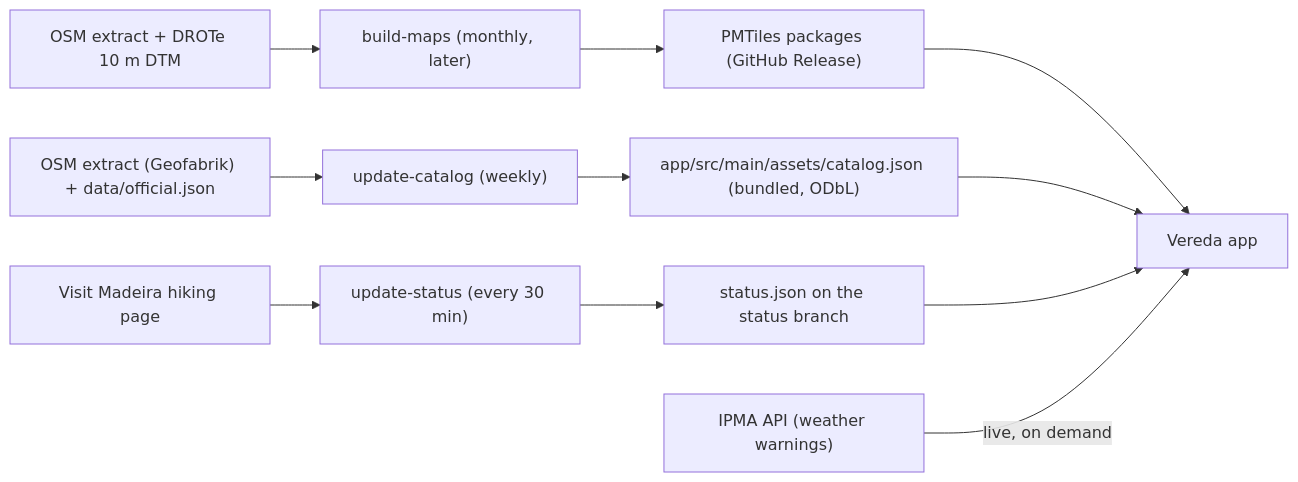
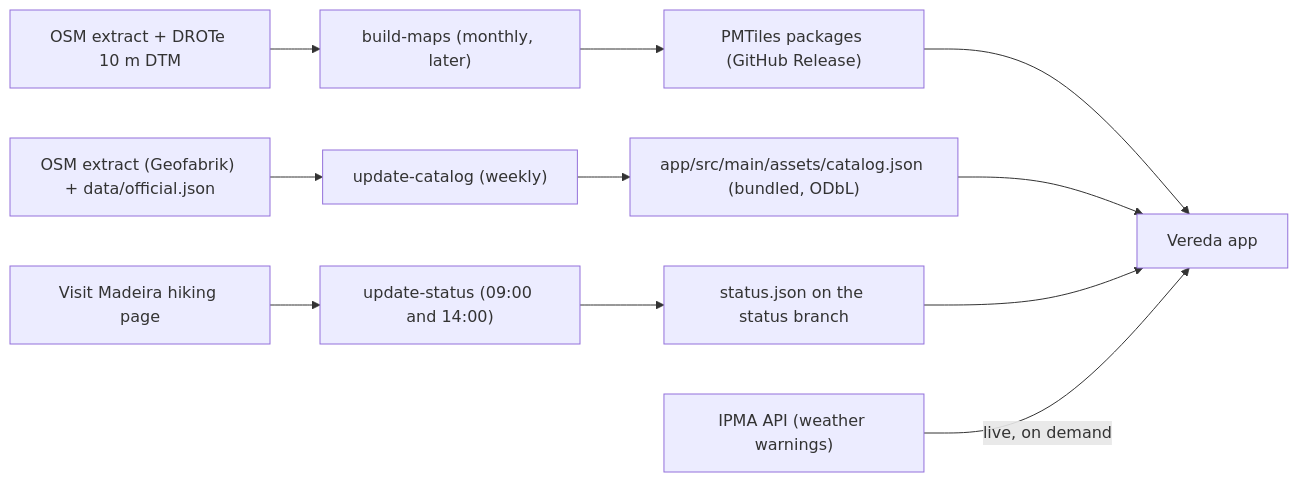
The diagram in docs/SPEC.md (Psy8891/Madeira-Trails-), drawn with Mermaid before and after one commit. The commit also changed other lines of this file and 6 other files, not shown here.

````diff
--- a/docs/SPEC.md
+++ b/docs/SPEC.md
@@ -236,7 +236,7 @@
 ```mermaid
 flowchart LR
   A["OSM extract + DROTe 10 m DTM"] --> B["build-maps (monthly, later)"] --> C["PMTiles packages (GitHub Release)"] --> APP["Vereda app"]
   D["OSM extract (Geofabrik) + data/official.json"] --> E["update-catalog (weekly)"] --> F["app/src/main/assets/catalog.json (bundled, ODbL)"] --> APP
-  G["Visit Madeira hiking page"] --> H["update-status (every 30 min)"] --> I["status.json on the status branch"] --> APP
+  G["Visit Madeira hiking page"] --> H["update-status (09:00 and 14:00)"] --> I["status.json on the status branch"] --> APP
   J["IPMA API (weather warnings)"] -- "live, on demand" --> APP
 ```
````
